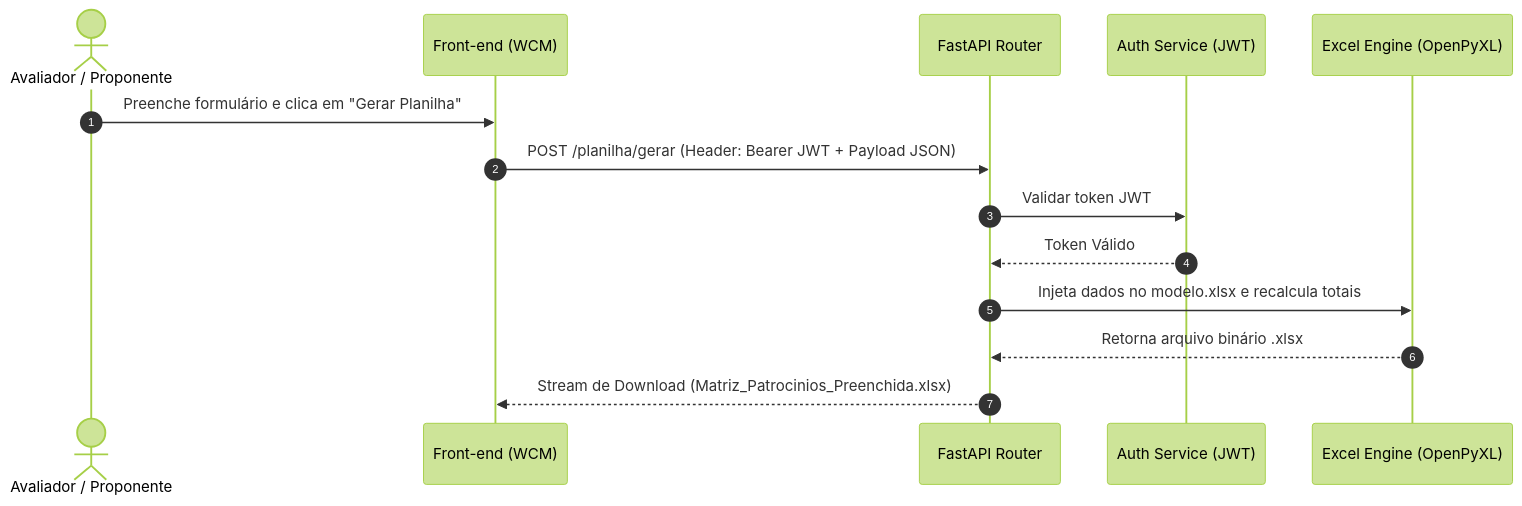
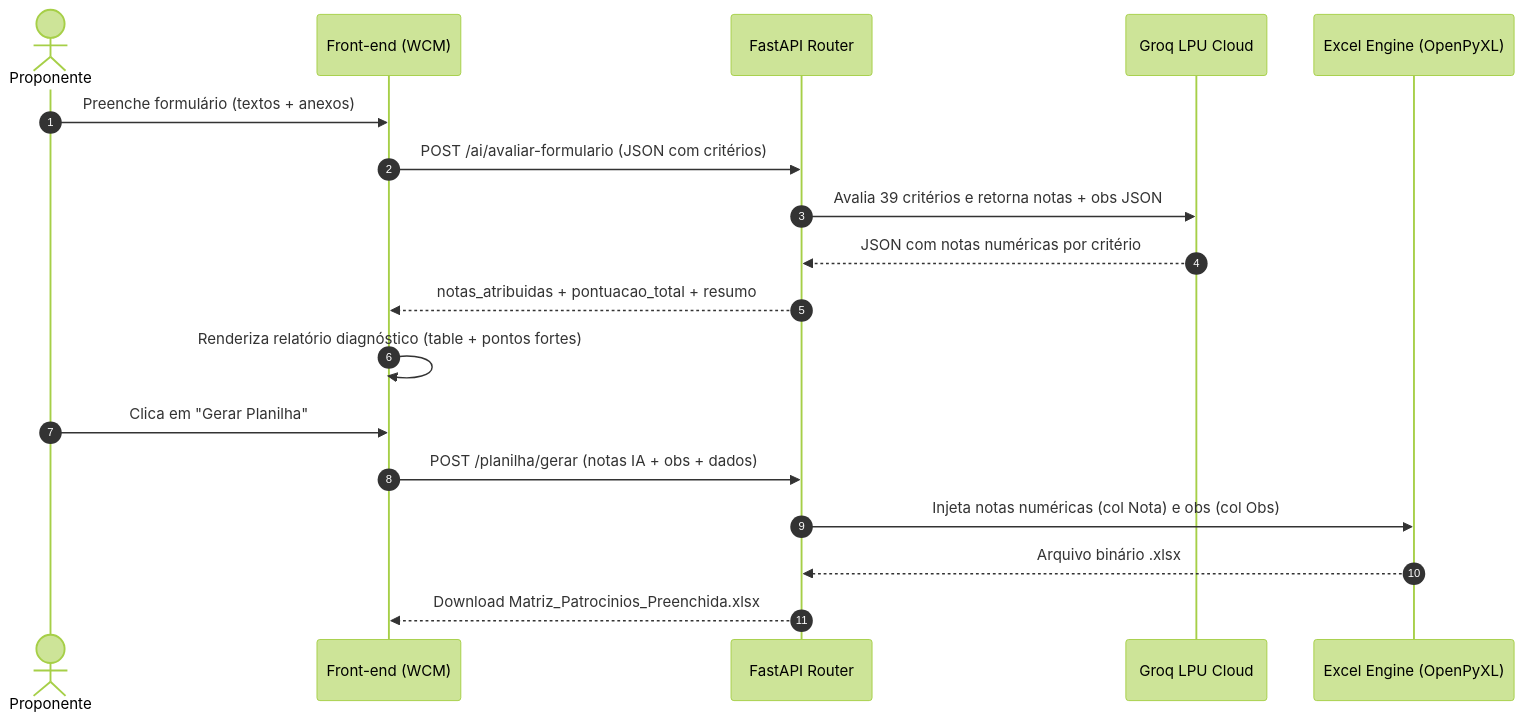
Before and after one commit to andreeeestor/Matriz-de-Patrocinios-COPASA: the second of 2 diagrams in README.md, drawn with Mermaid (forest theme). The commit also changed other lines of this file and 1 other file, not shown here.

````diff
--- a/README.md
+++ b/README.md
@@ -88,17 +92,21 @@
 ```mermaid
 sequenceDiagram
     autonumber
-    actor Avaliador as Avaliador / Proponente
+    actor Proponente
     participant FE as Front-end (WCM)
     participant API as FastAPI Router
-    participant AUTH as Auth Service (JWT)
+    participant AI as Groq LPU Cloud
     participant XL as Excel Engine (OpenPyXL)
 
-    Avaliador->>FE: Preenche formulário e clica em "Gerar Planilha"
-    FE->>API: POST /planilha/gerar (Header: Bearer JWT + Payload JSON)
-    API->>AUTH: Validar token JWT
-    AUTH-->>API: Token Válido
-    API->>XL: Injeta dados no modelo.xlsx e recalcula totais
-    XL-->>API: Retorna arquivo binário .xlsx
-    API-->>FE: Stream de Download (Matriz_Patrocinios_Preenchida.xlsx)
+    Proponente->>FE: Preenche formulário (textos + anexos)
+    FE->>API: POST /ai/avaliar-formulario (JSON com critérios)
+    API->>AI: Avalia 39 critérios e retorna notas + obs JSON
+    AI-->>API: JSON com notas numéricas por critério
+    API-->>FE: notas_atribuidas + pontuacao_total + resumo
+    FE->>FE: Renderiza relatório diagnóstico (table + pontos fortes)
+    Proponente->>FE: Clica em "Gerar Planilha"
+    FE->>API: POST /planilha/gerar (notas IA + obs + dados)
+    API->>XL: Injeta notas numéricas (col Nota) e obs (col Obs)
+    XL-->>API: Arquivo binário .xlsx
+    API-->>FE: Download Matriz_Patrocinios_Preenchida.xlsx
 ```
````
